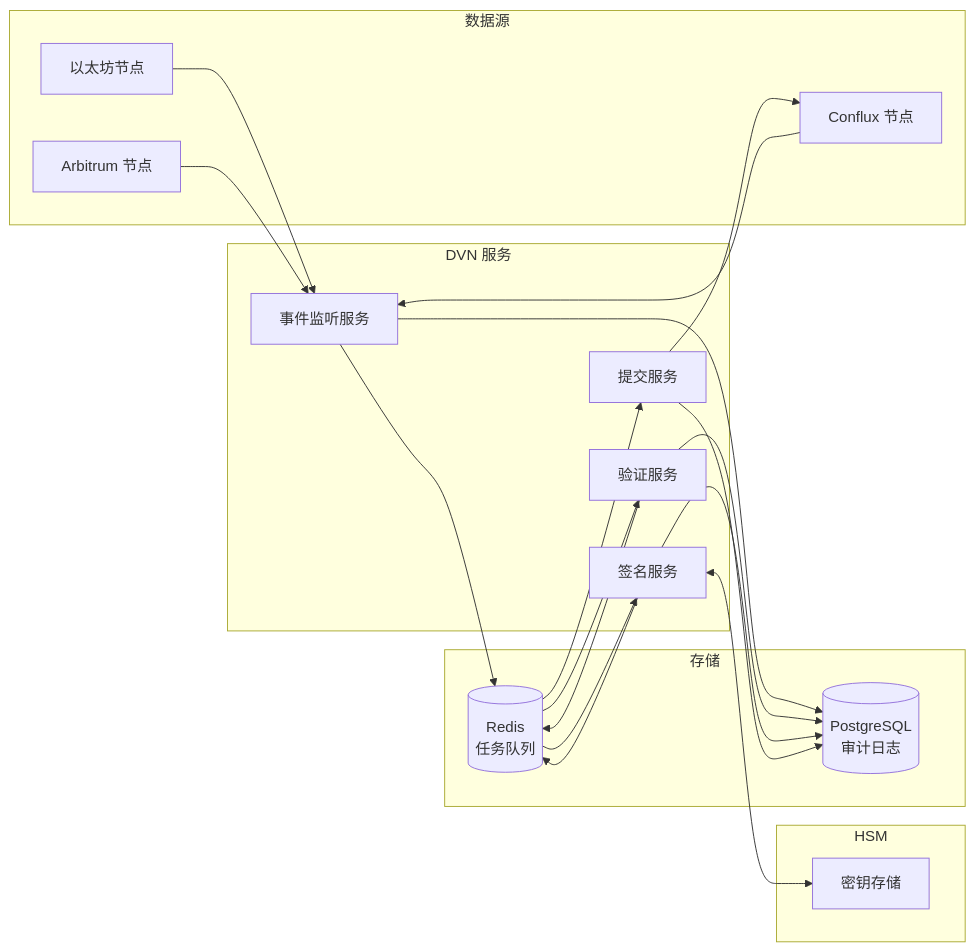
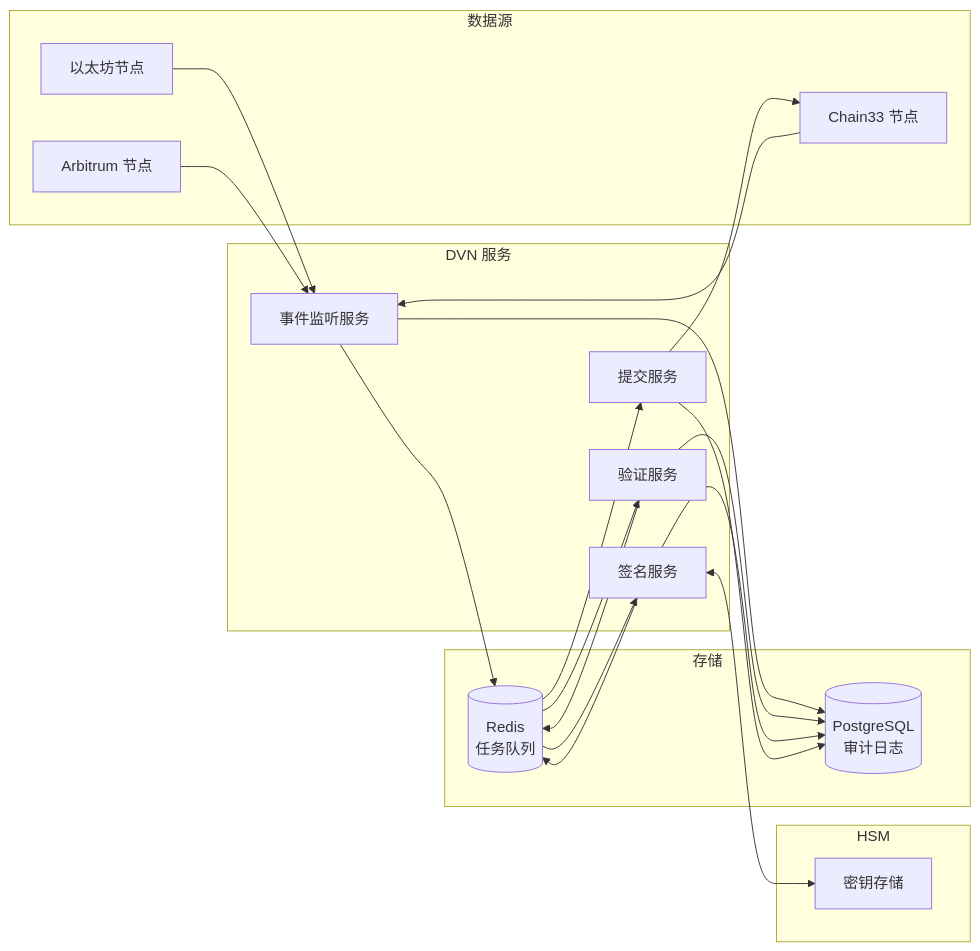
The sixth of 6 diagrams in LayerZero_跨链部署方案/01_架构概述.md (vipwzw/blockchain-doc), drawn with Mermaid before and after one commit. The commit also changed other lines of this file and 9 other files, not shown here.

First line of the commit message:
refactor(LayerZero): 将 Conflux/CFX 替换为 Chain33/Coin33

````diff
--- a/LayerZero_跨链部署方案/01_架构概述.md
+++ b/LayerZero_跨链部署方案/01_架构概述.md
@@ -285,42 +285,42 @@
 ```mermaid
 flowchart LR
     subgraph DataSources["数据源"]
         ETH[以太坊节点]
-        CFX[Conflux 节点]
+        Coin33[Chain33 节点]
         ARB[Arbitrum 节点]
     end
 
     subgraph DVNServices["DVN 服务"]
         Listener[事件监听服务]
         Verifier[验证服务]
         Signer[签名服务]
         Submitter[提交服务]
     end
 
     subgraph Storage["存储"]
         Redis[(Redis<br/>任务队列)]
         Postgres[(PostgreSQL<br/>审计日志)]
     end
 
     subgraph HSM["HSM"]
         CloudHSM[密钥存储]
     end
 
     ETH --> Listener
-    CFX --> Listener
+    Coin33 --> Listener
     ARB --> Listener
     
     Listener --> Redis
     Redis --> Verifier
     Verifier --> Redis
     Redis --> Signer
     Signer <--> CloudHSM
     Signer --> Redis
     Redis --> Submitter
-    Submitter --> CFX
+    Submitter --> Coin33
     
     Listener --> Postgres
     Verifier --> Postgres
     Signer --> Postgres
     Submitter --> Postgres
 ```
````
